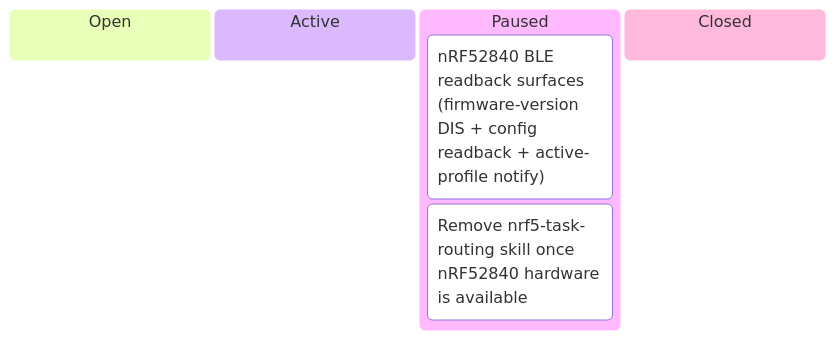
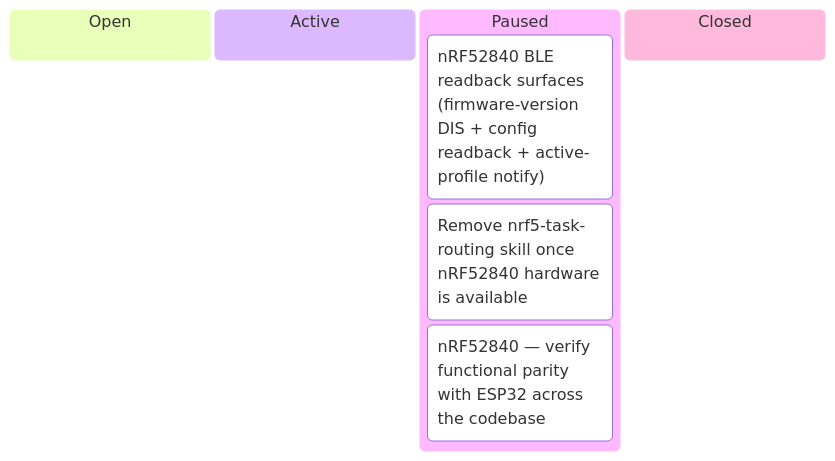
One commit to tgd1975/AwesomeStudioPedal changed the sixth of 8 diagrams in docs/developers/tasks/KANBAN.md. Above: the diagram before and after it, drawn with Mermaid. The commit also changed other lines of this file and 6 other files, not shown here.

First line of the commit message:
docs(EPIC-023/025): clean stale nRF52840 refs in TASK-354/355/356, add TASK-360 parity audit

````diff
--- a/docs/developers/tasks/KANBAN.md
+++ b/docs/developers/tasks/KANBAN.md
@@ -100,9 +100,10 @@
 ```mermaid
 kanban
   Open
   Active
   Paused
     TASK_358["nRF52840 BLE readback surfaces (firmware-version DIS + config readback + active-profile notify)"]
     TASK_359["Remove nrf5-task-routing skill once nRF52840 hardware is available"]
+    TASK_360["nRF52840 — verify functional parity with ESP32 across the codebase"]
   Closed
 ```
````
